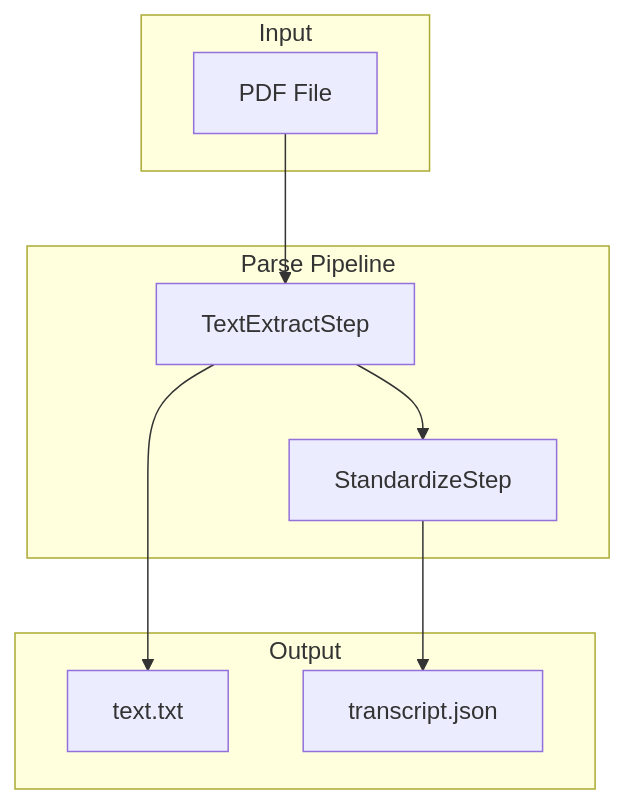
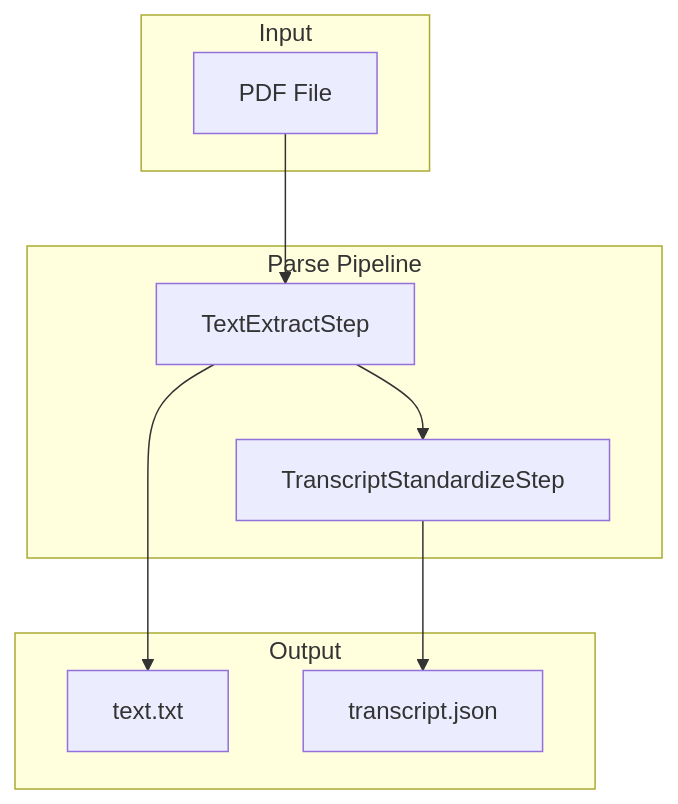
The first of 2 diagrams in docs/PARSE_SYSTEM.md (StanfordCS194/win26-Team10), drawn with Mermaid before and after one commit. The commit also changed other lines of this file and 12 other files, not shown here.

````diff
--- a/docs/PARSE_SYSTEM.md
+++ b/docs/PARSE_SYSTEM.md
@@ -9,21 +9,21 @@
 ```mermaid
 flowchart TB
     subgraph input [Input]
         PDF[PDF File]
     end
     
     subgraph pipeline [Parse Pipeline]
         Step1[TextExtractStep]
-        Step2[StandardizeStep]
+        Step2[TranscriptStandardizeStep]
     end
     
     subgraph output [Output]
         Text[text.txt]
         Transcript[transcript.json]
     end
     
     PDF --> Step1
     Step1 --> Text
     Step1 --> Step2
     Step2 --> Transcript
 ```
````
